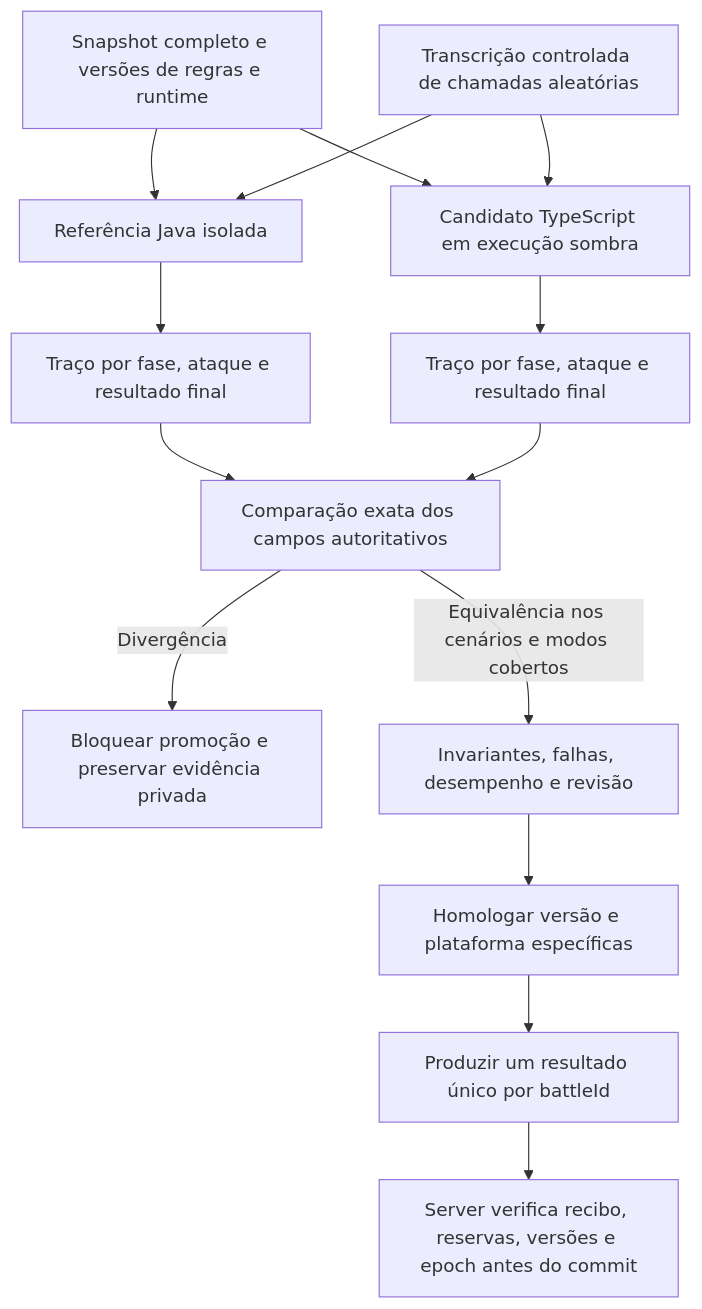
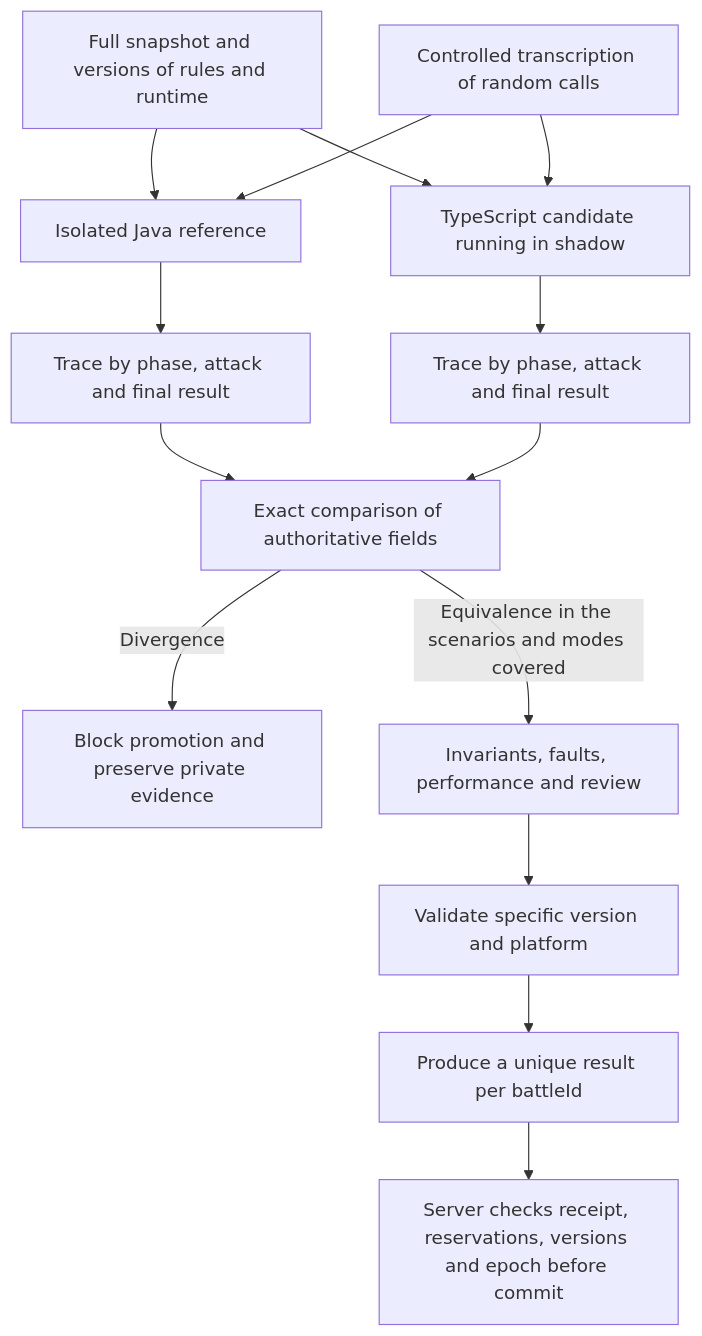
Before and after one commit to ReeseArch64/opencok: the seventh of 14 diagrams in .github/ARCHITECTURE.md, drawn with Mermaid. The commit also changed other lines of this file and 10 other files, not shown here.

````diff
--- a/.github/ARCHITECTURE.md
+++ b/.github/ARCHITECTURE.md
@@ -736,16 +722,16 @@
 ```mermaid
 flowchart TB
-  snapshot[Snapshot completo e versões de regras e runtime] --> java[Referência Java isolada]
-  snapshot --> candidate[Candidato TypeScript em execução sombra]
-  draws[Transcrição controlada de chamadas aleatórias] --> java
+  snapshot[Full snapshot and versions of rules and runtime] --> java[Isolated Java reference]
+  snapshot --> candidate[TypeScript candidate running in shadow]
+  draws[Controlled transcription of random calls] --> java
   draws --> candidate
-  java --> traceA[Traço por fase, ataque e resultado final]
-  candidate --> traceB[Traço por fase, ataque e resultado final]
-  traceA --> compare[Comparação exata dos campos autoritativos]
+  java --> traceA[Trace by phase, attack and final result]
+  candidate --> traceB[Trace by phase, attack and final result]
+  traceA --> compare[Exact comparison of authoritative fields]
   traceB --> compare
-  compare -->|Divergência| block[Bloquear promoção e preservar evidência privada]
-  compare -->|Equivalência nos cenários e modos cobertos| gates[Invariantes, falhas, desempenho e revisão]
-  gates --> release[Homologar versão e plataforma específicas]
-  release --> calculate[Produzir um resultado único por battleId]
-  calculate --> commit[Server verifica recibo, reservas, versões e epoch antes do commit]
+  compare -->|Divergence| block[Block promotion and preserve private evidence]
+  compare -->|Equivalence in the scenarios and modes covered| gates[Invariants, faults, performance and review]
+  gates --> release[Validate specific version and platform]
+  release --> calculate[Produce a unique result per battleId]
+  calculate --> commit[Server checks receipt, reservations, versions and epoch before commit]
 ```
````
